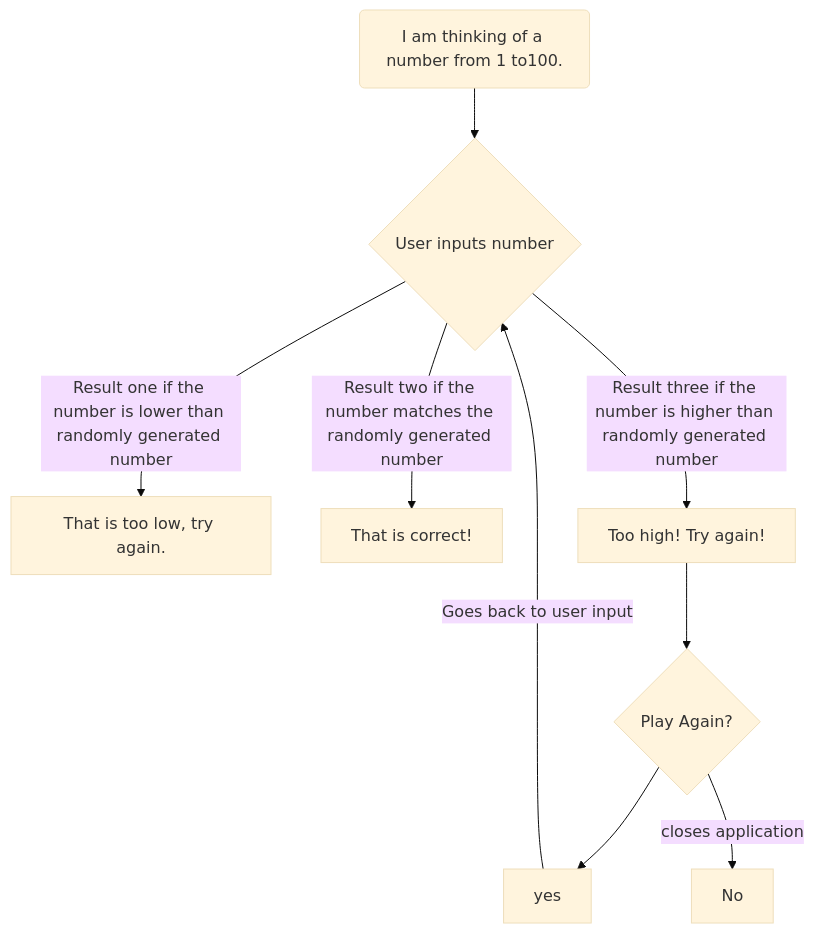
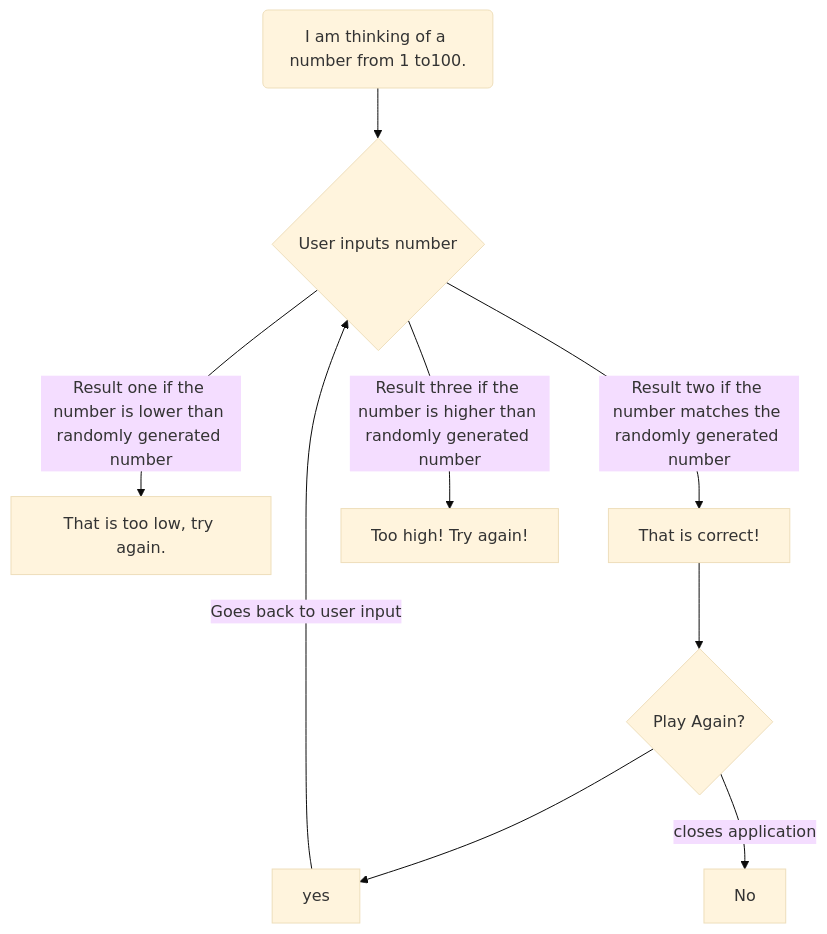
One commit to Troyboyce41/troyboyce41.github.io changed the diagram in Guessing.md. Above: the diagram before and after it, drawn with Mermaid (base theme).

````diff
--- a/Guessing.md
+++ b/Guessing.md
@@ -1,11 +1,11 @@
 ```mermaid
 flowchart TD;
 A(I am thinking of a number from 1 to100.) --> B{User inputs number};
 B -->|Result one if the number is lower than randomly generated number| D[That is too low, try again.];
-B -->|Result two if the number matches the randomly generated number| F[That is correct!];
-B -->|Result three if the number is higher than randomly generated number| E[Too high! Try again!];
+B -->|Result two if the number matches the randomly generated number|E[That is correct!];
+B -->|Result three if the number is higher than randomly generated number| F[Too high! Try again!];
 E -->C{Play Again?};
 C --> G[yes];
 C -->|closes application| H[No];
 G --> |Goes back to user input| B;
 ```
````
